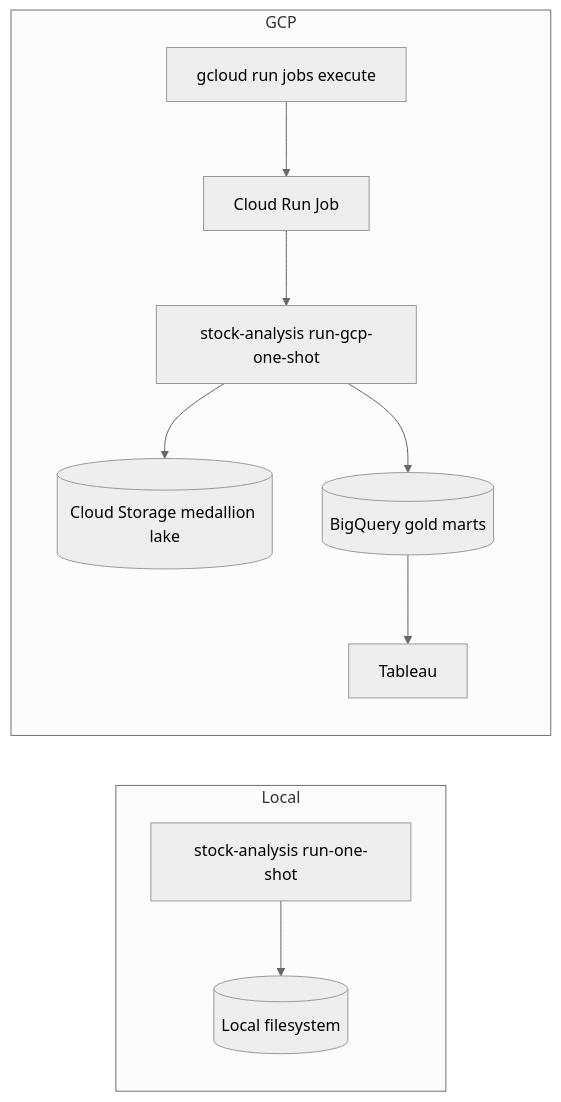
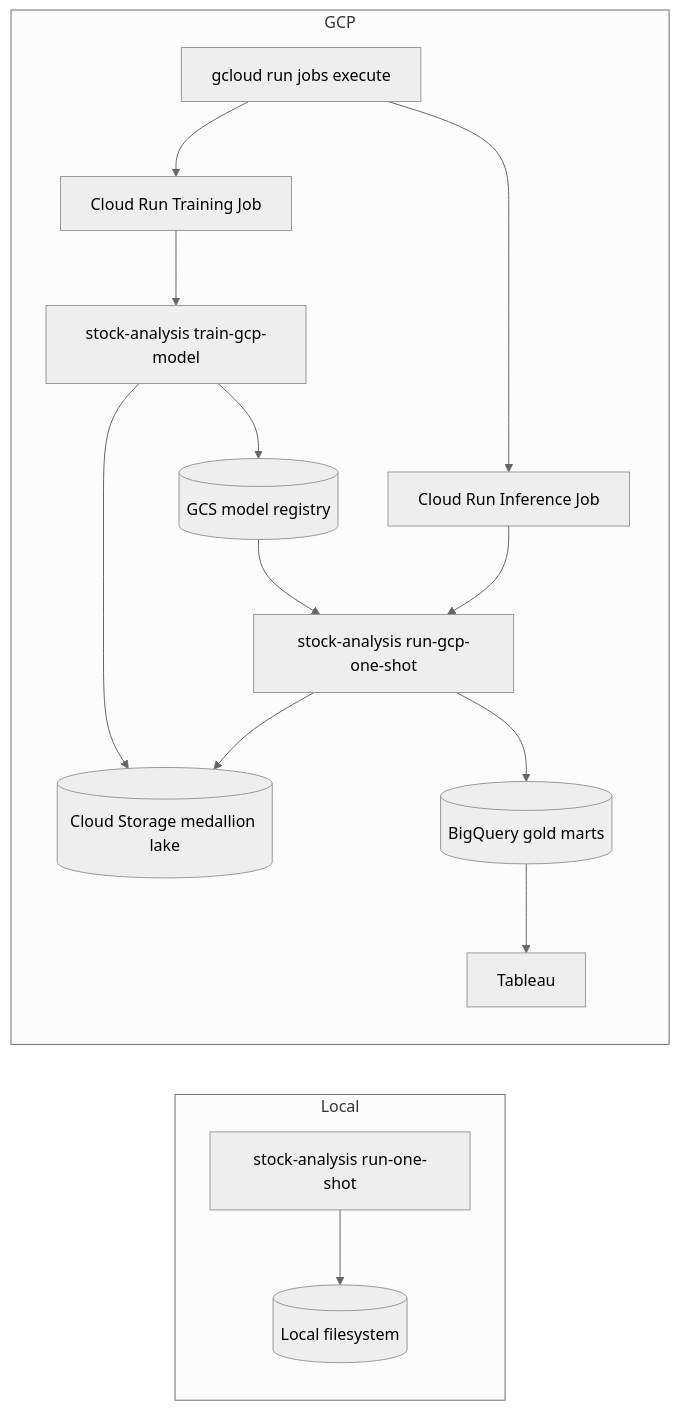
Before and after one commit to aladelca/stock-analysis: the diagram in plans/20260502-1003-gcp-direct-cloud-storage-pipeline.md, drawn with Mermaid (neutral theme). The commit also changed other lines of this file and 20 other files, not shown here.

Commit message:
feat(gcp): split model training and inference

````diff
--- a/plans/20260502-1003-gcp-direct-cloud-storage-pipeline.md
+++ b/plans/20260502-1003-gcp-direct-cloud-storage-pipeline.md
@@ -42,23 +50,31 @@
 ```mermaid
 flowchart LR
     subgraph Local
         LocalCLI[stock-analysis run-one-shot]
         LocalStore[(Local filesystem)]
         LocalCLI --> LocalStore
     end
 
     subgraph GCP
         User[gcloud run jobs execute]
-        CloudRun[Cloud Run Job]
-        CloudCLI[stock-analysis run-gcp-one-shot]
+        TrainJob[Cloud Run Training Job]
+        InferJob[Cloud Run Inference Job]
+        TrainCLI[stock-analysis train-gcp-model]
+        InferCLI[stock-analysis run-gcp-one-shot]
         GCS[(Cloud Storage medallion lake)]
+        ModelRegistry[(GCS model registry)]
         BQ[(BigQuery gold marts)]
         Tableau[Tableau]
 
-        User --> CloudRun
-        CloudRun --> CloudCLI
-        CloudCLI --> GCS
-        CloudCLI --> BQ
+        User --> TrainJob
+        User --> InferJob
+        TrainJob --> TrainCLI
+        InferJob --> InferCLI
+        TrainCLI --> GCS
+        TrainCLI --> ModelRegistry
+        ModelRegistry --> InferCLI
+        InferCLI --> GCS
+        InferCLI --> BQ
         BQ --> Tableau
     end
 ```
````
